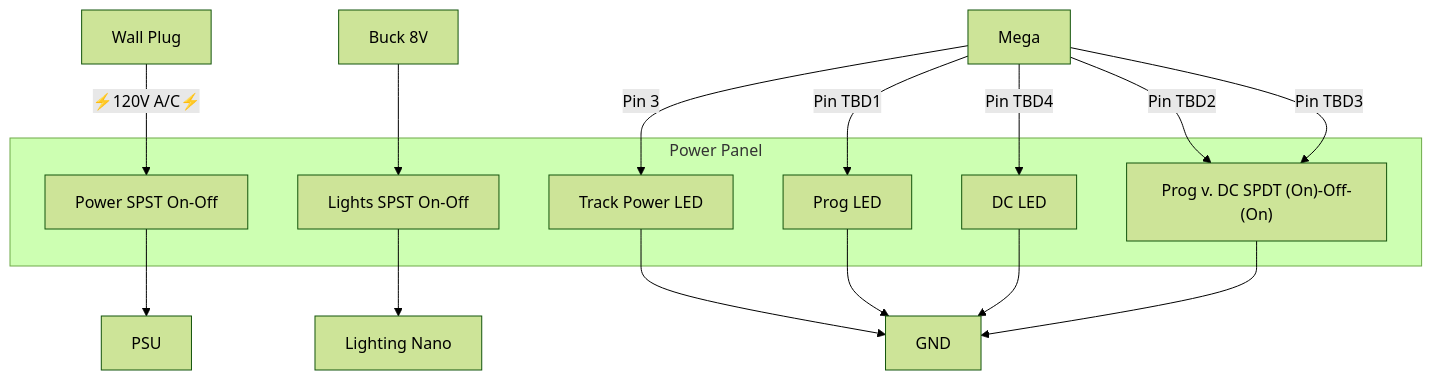
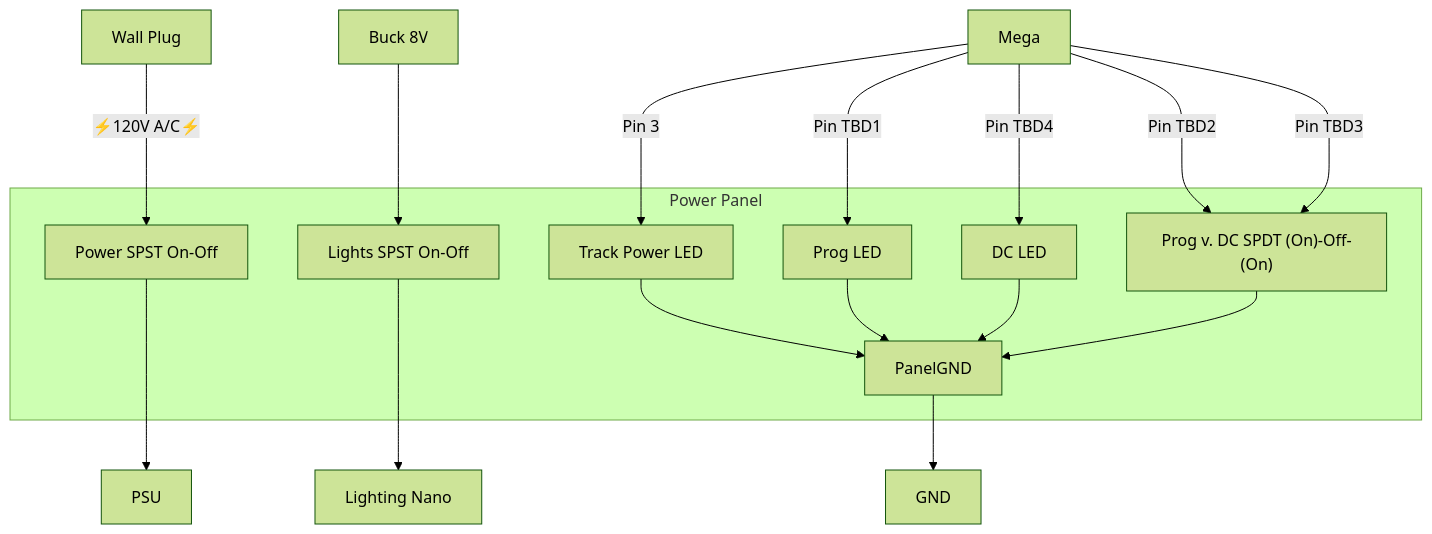
One commit to kmltechio/lumber_district changed the third of 4 diagrams in README.md. Above: the diagram before and after it, drawn with Mermaid (forest theme).

````diff
--- a/README.md
+++ b/README.md
@@ -89,19 +89,20 @@
 ```mermaid
 flowchart 
   subgraph Panel[Power Panel]
     Toggle1[Power SPST On-Off]
     Toggle2[Lights SPST On-Off]
     LED1[Track Power LED]
     Toggle3["Prog v. DC SPDT (On)-Off-(On)"]
     LED2[Prog LED]
     LED3[DC LED]
+    PanelGND
     end
-  Wall[Wall Plug] -->|"⚡️120V A/C⚡️"| Toggle1 --> PSU
-  Buck8[Buck 8V] --> Toggle2 --> Lights[Lighting Nano]
-  Mega -->|Pin 3| LED1
+  Wall[Wall Plug] --->|"⚡️120V A/C⚡️"| Toggle1 ---> PSU
+  Buck8[Buck 8V] ---> Toggle2 ---> Lights[Lighting Nano]
+  Mega --->|Pin 3| LED1
   Mega -->|Pin TBD1| LED2
   Mega -->|Pin TBD2| Toggle3
   Mega -->|Pin TBD3| Toggle3
   Mega -->|Pin TBD4| LED3
-  LED1 & LED2 & LED3 & Toggle3 --> GND
+  LED1 & LED2 & LED3 & Toggle3 --> PanelGND --> GND
 ```
````
